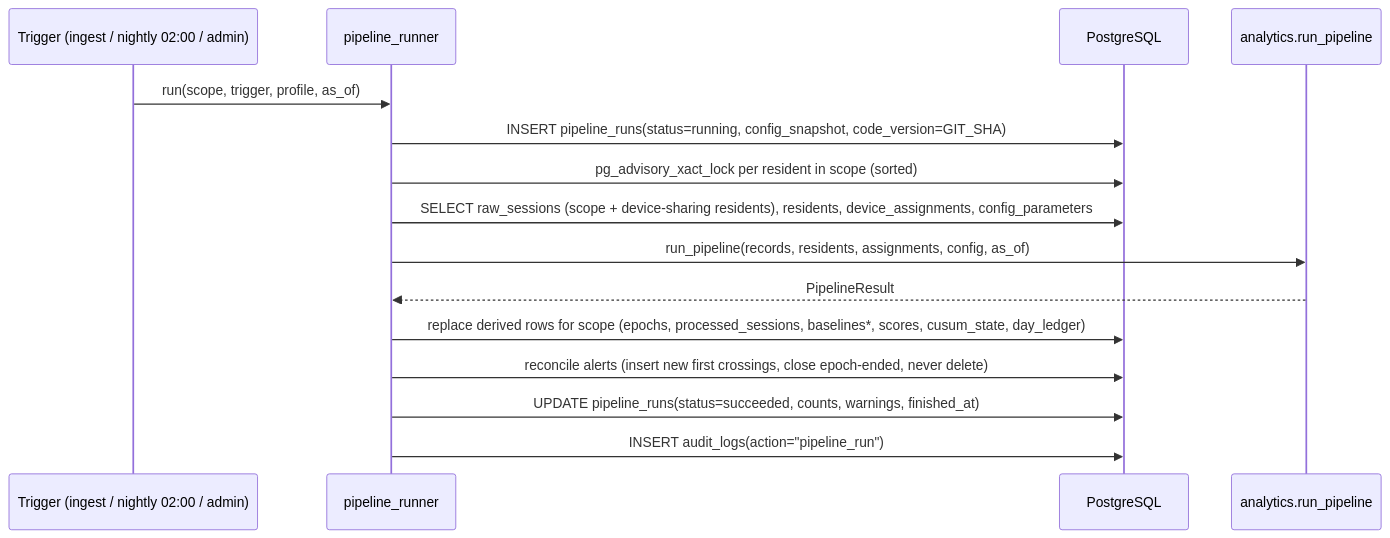
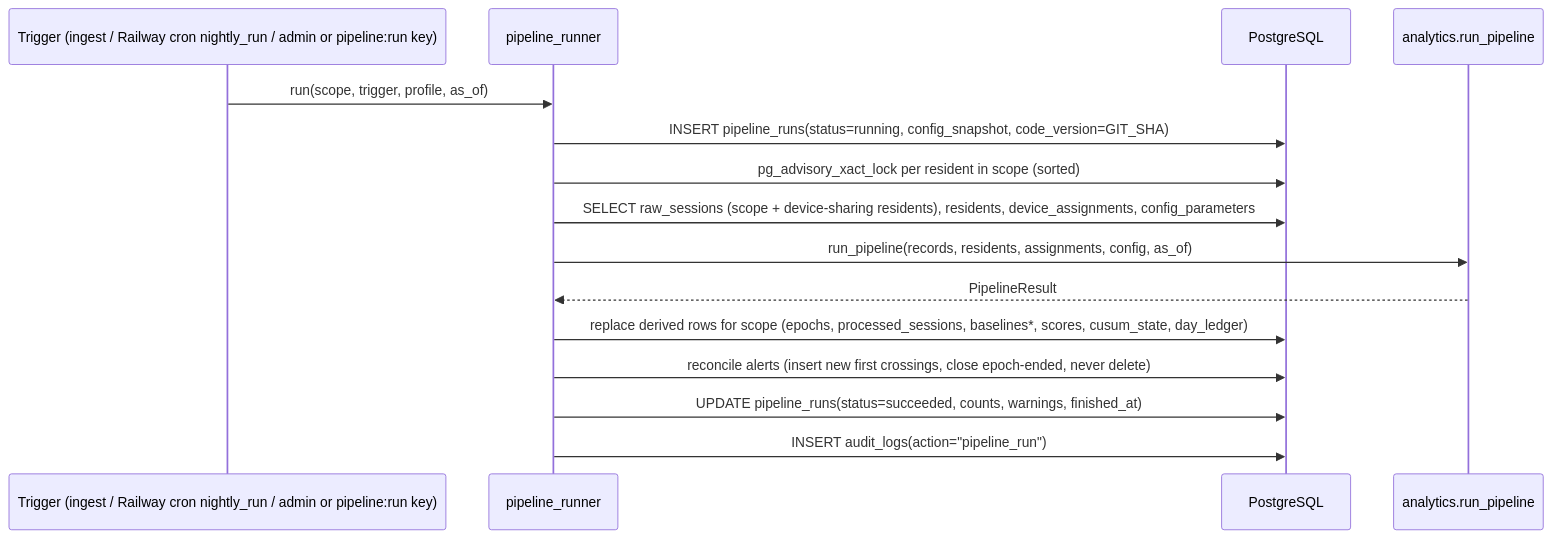
Before and after one commit to EchoWellApp/echowell: the second of 2 diagrams in specs/TRD/07_Analytics_Engine_TRD.md, drawn with Mermaid. The commit also changed other lines of this file and 11 other files, not shown here.

````diff
--- a/specs/TRD/07_Analytics_Engine_TRD.md
+++ b/specs/TRD/07_Analytics_Engine_TRD.md
@@ -306,17 +306,17 @@
 ```mermaid
 sequenceDiagram
-  participant T as Trigger (ingest / nightly 02:00 / admin)
+  participant T as Trigger (ingest / Railway cron nightly_run / admin or pipeline:run key)
   participant S as pipeline_runner
   participant DB as PostgreSQL
   participant E as analytics.run_pipeline
   T->>S: run(scope, trigger, profile, as_of)
   S->>DB: INSERT pipeline_runs(status=running, config_snapshot, code_version=GIT_SHA)
   S->>DB: pg_advisory_xact_lock per resident in scope (sorted)
   S->>DB: SELECT raw_sessions (scope + device-sharing residents), residents, device_assignments, config_parameters
   S->>E: run_pipeline(records, residents, assignments, config, as_of)
   E-->>S: PipelineResult
   S->>DB: replace derived rows for scope (epochs, processed_sessions, baselines*, scores, cusum_state, day_ledger)
   S->>DB: reconcile alerts (insert new first crossings, close epoch-ended, never delete)
   S->>DB: UPDATE pipeline_runs(status=succeeded, counts, warnings, finished_at)
   S->>DB: INSERT audit_logs(action="pipeline_run")
 ```
````
